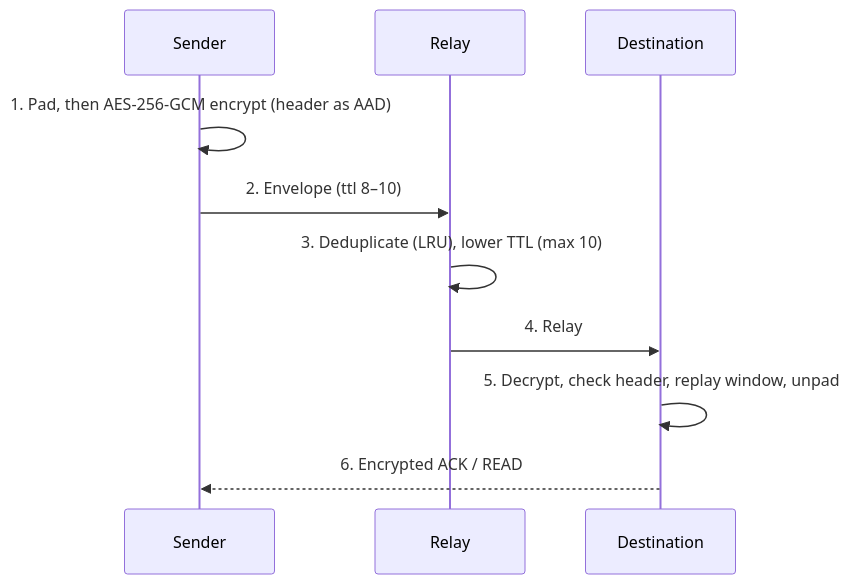
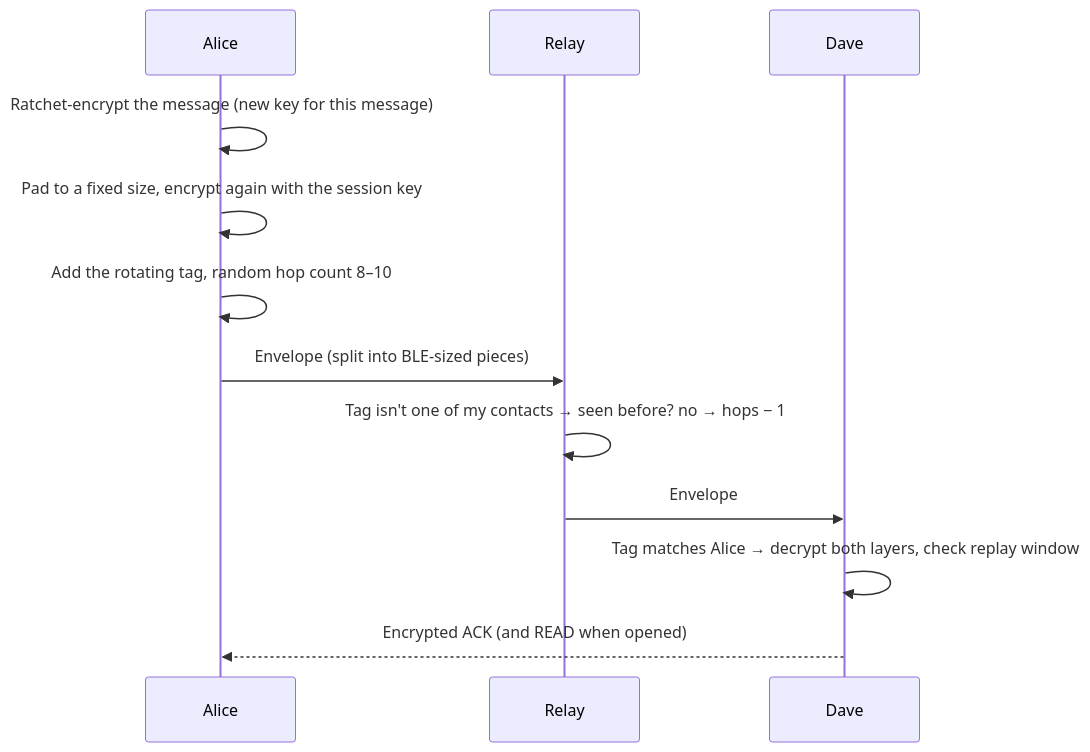
One commit to aarushchaudhary/ComLink changed the second of 3 diagrams in README.md. Above: the diagram before and after it, drawn with Mermaid. The commit also changed other lines of this file, not shown here.

Commit message:
docs: rewrite README with full feature, security, protocol and architecture details

````diff
--- a/README.md
+++ b/README.md
@@ -79,13 +97,15 @@
 ```mermaid
 sequenceDiagram
-    participant S as Sender
+    participant A as Alice
     participant R as Relay
-    participant D as Destination
+    participant D as Dave
 
-    S->>S: 1. Pad, then AES-256-GCM encrypt (header as AAD)
-    S->>R: 2. Envelope (ttl 8–10)
-    R->>R: 3. Deduplicate (LRU), lower TTL (max 10)
-    R->>D: 4. Relay
-    D->>D: 5. Decrypt, check header, replay window, unpad
-    D-->>S: 6. Encrypted ACK / READ
+    A->>A: Ratchet-encrypt the message (new key for this message)
+    A->>A: Pad to a fixed size, encrypt again with the session key
+    A->>A: Add the rotating tag, random hop count 8–10
+    A->>R: Envelope (split into BLE-sized pieces)
+    R->>R: Tag isn't one of my contacts → seen before? no → hops − 1
+    R->>D: Envelope
+    D->>D: Tag matches Alice → decrypt both layers, check replay window
+    D-->>A: Encrypted ACK (and READ when opened)
 ```
````
